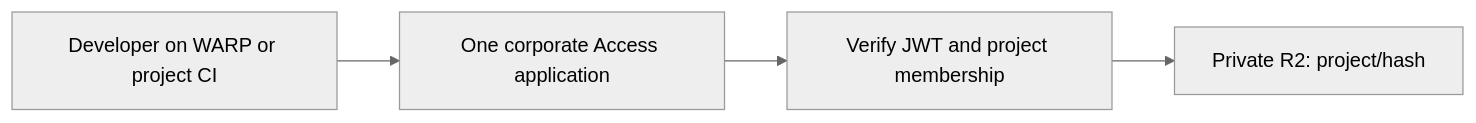
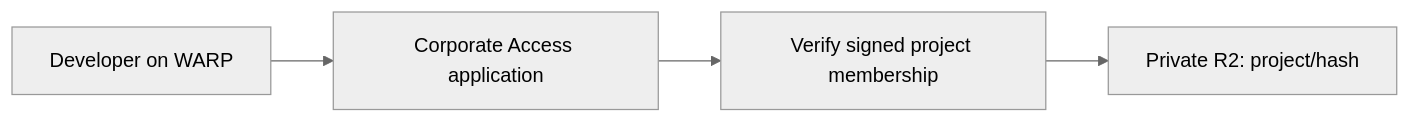
One commit to tractorbeamai/cloudflare-vercel-remote-cache changed the diagram in README.md. Above: the diagram before and after it, drawn with Mermaid (neutral theme). The commit also changed other lines of this file and 9 other files, not shown here.

````diff
--- a/README.md
+++ b/README.md
@@ -6,6 +7,6 @@
 ```mermaid
 flowchart LR
-  Client[Developer on WARP or project CI] --> Access[One corporate Access application]
-  Access --> Worker[Verify JWT and project membership]
+  Client[Developer on WARP] --> Access[Corporate Access application]
+  Access --> Worker[Verify signed project membership]
   Worker --> R2[Private R2: project/hash]
 ```
````
